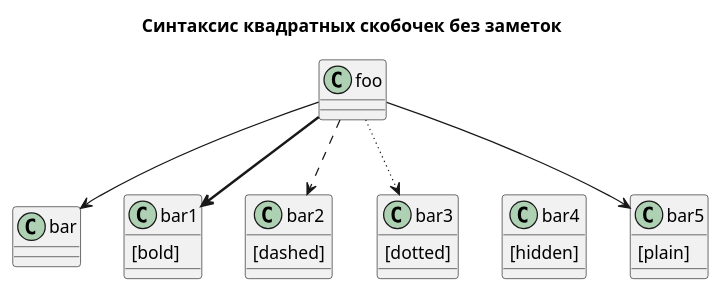
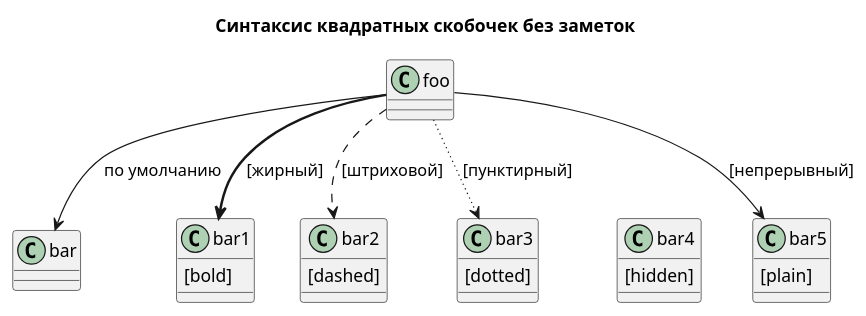
The diagram in class.wsd (mizandarii/uml), drawn with PlantUML before and after one commit.

```diff
--- a/class.wsd
+++ b/class.wsd
@@ -1,17 +1,17 @@
 @startuml  
 title Синтаксис квадратных скобочек без заметок
 class foo
 class bar
 bar1 : [bold]
 bar2 : [dashed]
 bar3 : [dotted]
 bar4 : [hidden]
 bar5 : [plain]
 
-foo --> bar
-foo -[bold]-> bar1
-foo -[dashed]-> bar2
-foo -[dotted]-> bar3
-foo -[hidden]-> bar4
-foo -[plain]-> bar5
+foo --> bar             : по умолчанию
+foo -[bold]-> bar1      : [жирный]
+foo -[dashed]-> bar2    : [штриховой]
+foo -[dotted]-> bar3    : [пунктирный]
+foo -[hidden]-> bar4    : [скрытый]
+foo -[plain]-> bar5     : [непрерывный]
 @enduml
```
